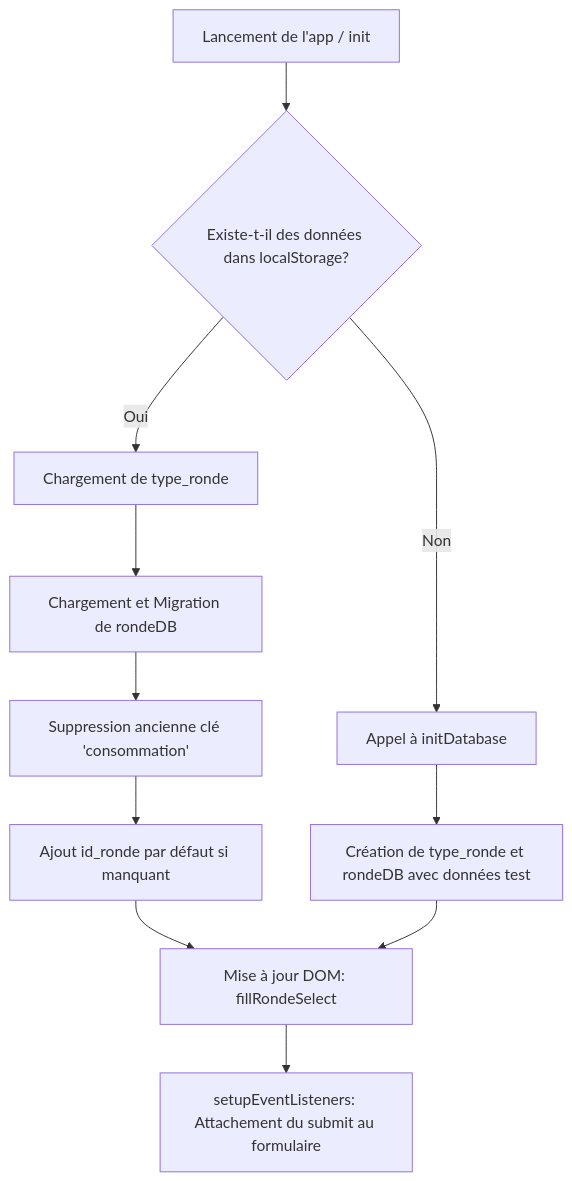
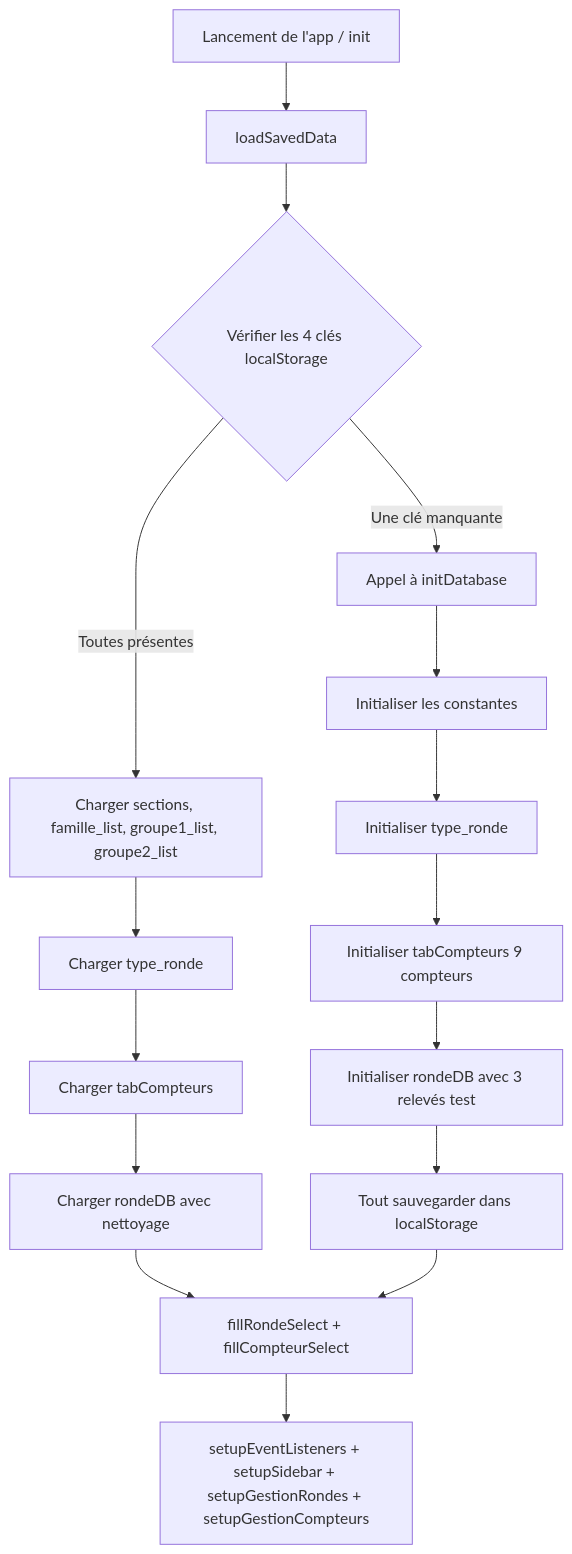
Before and after one commit to ngbatigh/rondes-root: the first of 5 diagrams in documentation.md, drawn with Mermaid. The commit also changed other lines of this file and 5 other files, not shown here.

````diff
--- a/documentation.md
+++ b/documentation.md
@@ -11,13 +11,18 @@
 ```mermaid
 graph TD
-    A[Lancement de l'app / init] --> B{Existe-t-il des données dans localStorage?}
-    B -->|Oui| C[Chargement de type_ronde]
-    C --> D[Chargement et Migration de rondeDB]
-    D --> E[Suppression ancienne clé 'consommation']
-    E --> F[Ajout id_ronde par défaut si manquant]
-    B -->|Non| G[Appel à initDatabase]
-    G --> H[Création de type_ronde et rondeDB avec données test]
-    F --> I[Mise à jour DOM: fillRondeSelect]
-    H --> I
-    I --> J[setupEventListeners: Attachement du submit au formulaire]
+    A[Lancement de l'app / init] --> B[loadSavedData]
+    B --> C{Vérifier les 4 clés localStorage}
+    C -->|Toutes présentes| D[Charger sections, famille_list, groupe1_list, groupe2_list]
+    D --> E[Charger type_ronde]
+    E --> F[Charger tabCompteurs]
+    F --> G[Charger rondeDB avec nettoyage]
+    C -->|Une clé manquante| H[Appel à initDatabase]
+    H --> I[Initialiser les constantes]
+    I --> J[Initialiser type_ronde]
+    J --> K[Initialiser tabCompteurs 9 compteurs]
+    K --> L[Initialiser rondeDB avec 3 relevés test]
+    L --> M[Tout sauvegarder dans localStorage]
+    G --> N[fillRondeSelect + fillCompteurSelect]
+    M --> N
+    N --> O[setupEventListeners + setupSidebar + setupGestionRondes + setupGestionCompteurs]
 ```
````
